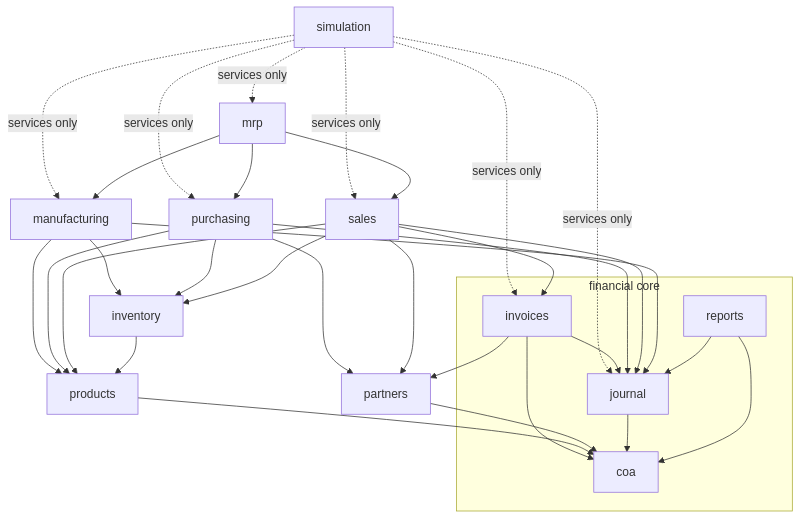
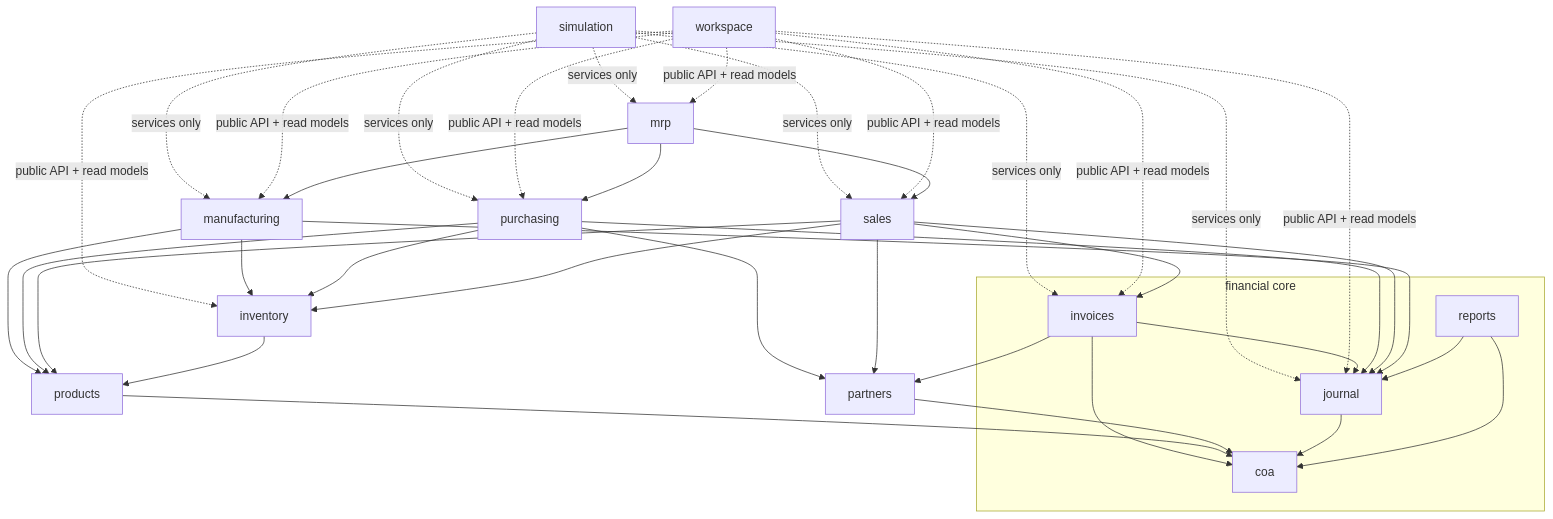
One commit to bamr87/djangoerp changed the first of 3 diagrams in docs/ARCHITECTURE.md. Above: the diagram before and after it, drawn with Mermaid. The commit also changed other lines of this file and 96 other files, not shown here.

````diff
--- a/docs/ARCHITECTURE.md
+++ b/docs/ARCHITECTURE.md
@@ -11,21 +11,22 @@
 ```mermaid
 flowchart TD
     simulation -. services only .-> mrp & sales & purchasing & manufacturing & invoices & journal
+    workspace -. public API + read models .-> mrp & sales & purchasing & manufacturing & invoices & journal & inventory
     mrp --> sales & purchasing & manufacturing
     manufacturing --> inventory & products
     purchasing --> partners & products & inventory
     sales --> partners & products & inventory & invoices
     invoices --> partners & journal & coa
     inventory --> products
     products --> coa
     partners --> coa
     purchasing & sales & manufacturing --> journal
     journal --> coa
     subgraph financial core
         coa
         journal
         invoices
         reports
     end
     reports --> journal & coa
 ```
````
